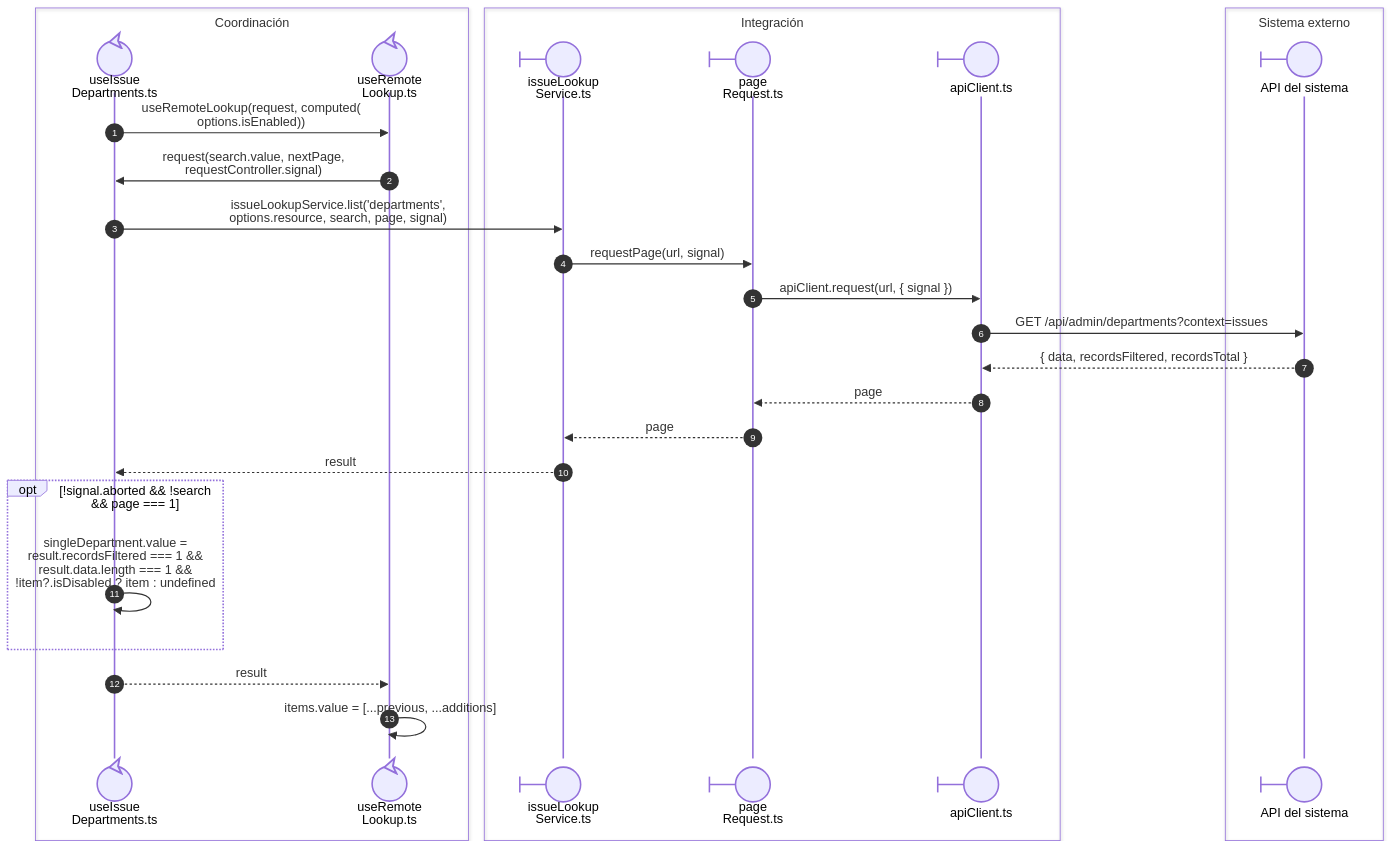
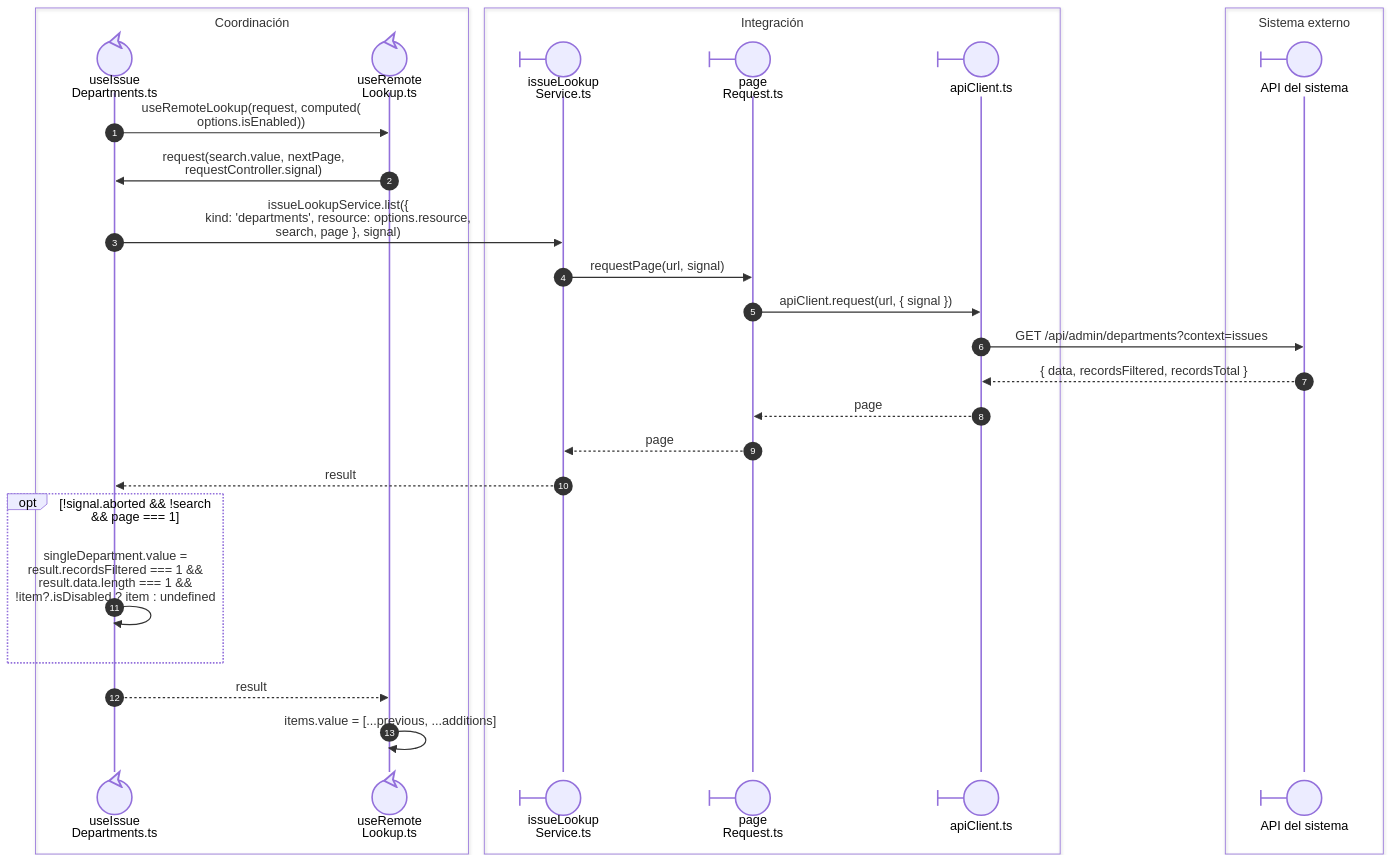
The first of 2 diagrams in front/docs/architecture/views/processes/07-issues/04-department-scope.md (gpgsistemas01/nexus), drawn with Mermaid before and after one commit. The commit also changed 68 other files, not shown here.

````diff
--- a/front/docs/architecture/views/processes/07-issues/04-department-scope.md
+++ b/front/docs/architecture/views/processes/07-issues/04-department-scope.md
@@ -9,31 +9,31 @@
 ```mermaid
 sequenceDiagram
     autonumber
     box Coordinación
     participant Scope@{ "type": "control" } as useIssue<br/>Departments.ts
     participant Lookup@{ "type": "control" } as useRemote<br/>Lookup.ts
     end
     box Integración
     participant Service@{ "type": "boundary" } as issueLookup<br/>Service.ts
     participant Paged@{ "type": "boundary" } as page<br/>Request.ts
     participant HTTP@{ "type": "boundary" } as apiClient.ts
     end
     box Sistema externo
     participant API@{ "type": "boundary" } as API del sistema
     end
     Scope->>Lookup: nowrap: useRemoteLookup(request, computed(<br/>options.isEnabled))
     Lookup->>Scope: nowrap: request(search.value, nextPage,<br/>requestController.signal)
-    Scope->>Service: nowrap: issueLookupService.list('departments',<br/>options.resource, search, page, signal)
+    Scope->>Service: nowrap: issueLookupService.list({<br/>kind: 'departments', resource: options.resource,<br/>search, page }, signal)
     Service->>Paged: nowrap: requestPage(url, signal)
     Paged->>HTTP: nowrap: apiClient.request(url, { signal })
     HTTP->>API: nowrap: GET /api/admin/departments?context=issues
     API-->>HTTP: nowrap: { data, recordsFiltered, recordsTotal }
     HTTP-->>Paged: nowrap: page
     Paged-->>Service: nowrap: page
     Service-->>Scope: nowrap: result
     opt nowrap: !signal.aborted && !search && page === 1
         Scope->>Scope: nowrap: singleDepartment.value =<br/>result.recordsFiltered === 1 &&<br/>result.data.length === 1 &&<br/>!item?.isDisabled ? item : undefined
     end
     Scope-->>Lookup: nowrap: result
     Lookup->>Lookup: nowrap: items.value = [...previous, ...additions]
 ```
````
